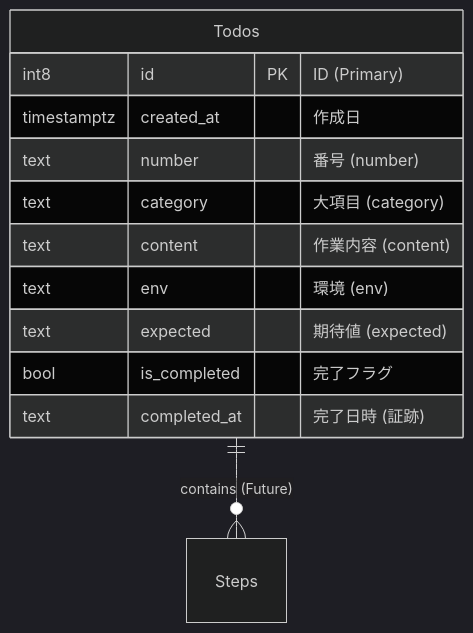
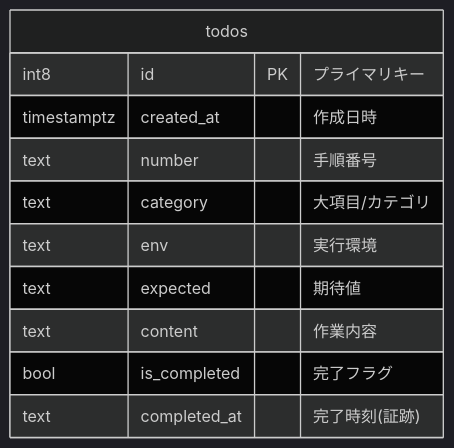
Before and after one commit to Everybodyhappyok4416/standard-operating-procedures: the second of 2 diagrams in README.md, drawn with Mermaid (dark theme).

Commit message:
docs: update README and project structure

````diff
--- a/README.md
+++ b/README.md
@@ -53,15 +53,14 @@
 ```mermaid
 erDiagram
-    Todos ||--o{ Steps : "contains (Future)"
-    Todos {
-        int8 id PK "ID (Primary)"
-        timestamptz created_at "作成日"
-        text number "番号 (number)"
-        text category "大項目 (category)"
-        text content "作業内容 (content)"
-        text env "環境 (env)"
-        text expected "期待値 (expected)"
+    todos {
+        int8 id PK "プライマリキー"
+        timestamptz created_at "作成日時"
+        text number "手順番号"
+        text category "大項目/カテゴリ"
+        text env "実行環境"
+        text expected "期待値"
+        text content "作業内容"
         bool is_completed "完了フラグ"
-        text completed_at "完了日時 (証跡)"
+        text completed_at "完了時刻(証跡)"
     }
 ```
````
